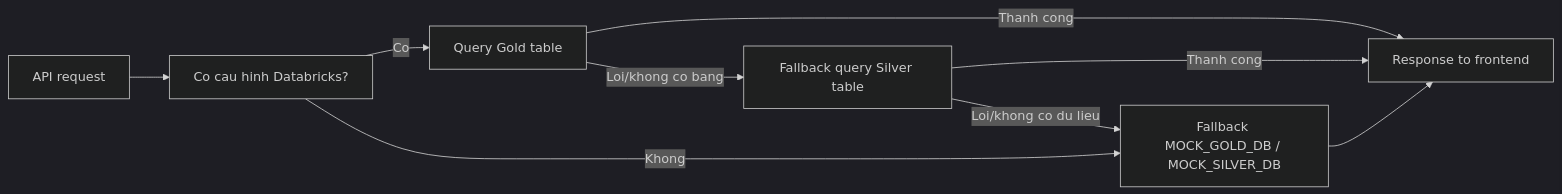
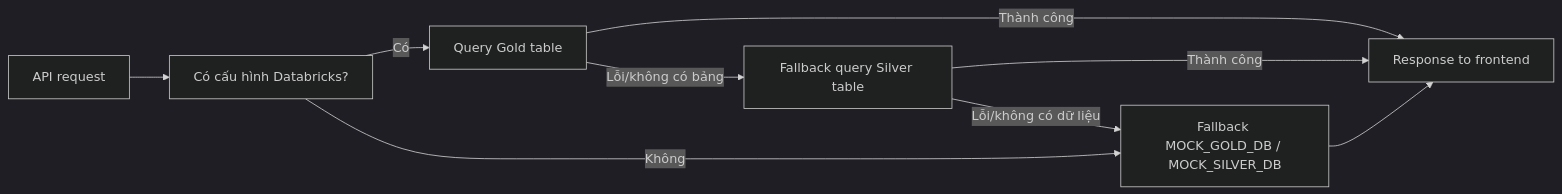
One commit to mangcutxinh/Smart-GPA changed the second of 8 diagrams in proposal.md. Above: the diagram before and after it, drawn with Mermaid (dark theme). The commit also changed other lines of this file, not shown here.

````diff
--- a/proposal.md
+++ b/proposal.md
@@ -137,18 +137,18 @@
 ```mermaid
 flowchart LR
     API["API request"]
-    Check["Co cau hinh Databricks?"]
+    Check["Có cấu hình Databricks?"]
     Gold["Query Gold table"]
     Silver["Fallback query Silver table"]
     Mock["Fallback MOCK_GOLD_DB / MOCK_SILVER_DB"]
     Result["Response to frontend"]
 
     API --> Check
-    Check -- "Co" --> Gold
-    Gold -- "Thanh cong" --> Result
-    Gold -- "Loi/khong co bang" --> Silver
-    Silver -- "Thanh cong" --> Result
-    Silver -- "Loi/khong co du lieu" --> Mock
-    Check -- "Khong" --> Mock
+    Check -- "Có" --> Gold
+    Gold -- "Thành công" --> Result
+    Gold -- "Lỗi/không có bảng" --> Silver
+    Silver -- "Thành công" --> Result
+    Silver -- "Lỗi/không có dữ liệu" --> Mock
+    Check -- "Không" --> Mock
     Mock --> Result
 ```
````
